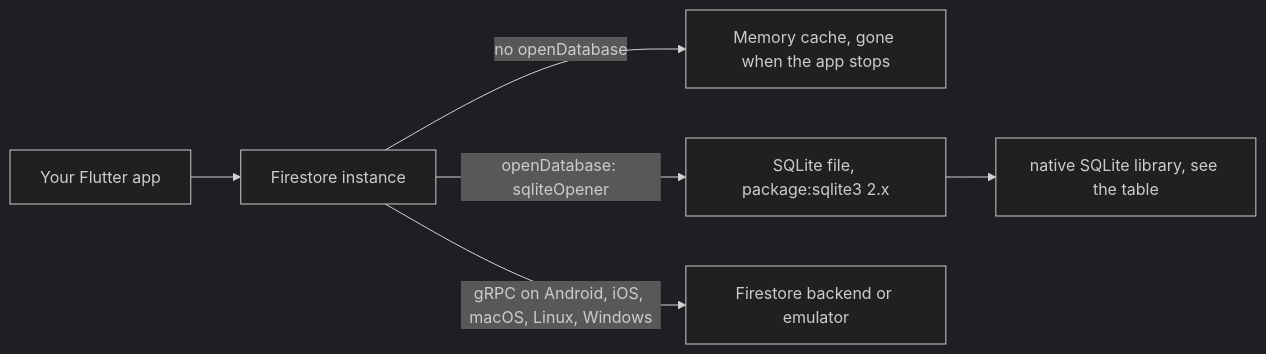
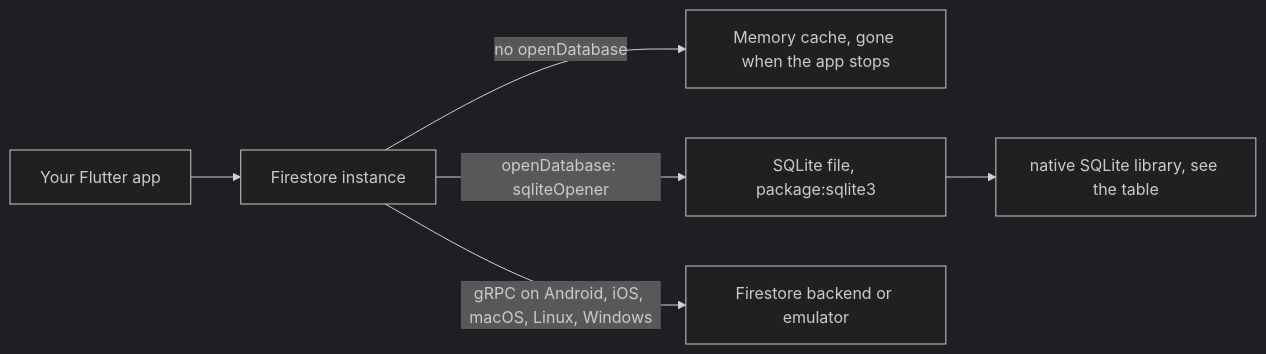
Before and after one commit to long1eu/firebase_dart_sdk: the second of 2 diagrams in docs/guides/flutter.md, drawn with Mermaid (dark theme). The commit also changed other lines of this file and 24 other files, not shown here.

First line of the commit message:
Point the guides at cloud_firestore_dart_sqlite instead of copied openers

````diff
--- a/docs/guides/flutter.md
+++ b/docs/guides/flutter.md
@@ -320,8 +320,8 @@
 ```mermaid
 flowchart LR
   appCode["Your Flutter app"] --> firestore["Firestore instance"]
   firestore -- "no openDatabase" --> memory["Memory cache, gone when the app stops"]
-  firestore -- "openDatabase: sqliteOpener" --> sqliteFile["SQLite file, package:sqlite3 2.x"]
+  firestore -- "openDatabase: sqliteOpener" --> sqliteFile["SQLite file, package:sqlite3"]
   sqliteFile --> nativeLib["native SQLite library, see the table"]
   firestore -- "gRPC on Android, iOS, macOS, Linux, Windows" --> backend["Firestore backend or emulator"]
 ```
````
